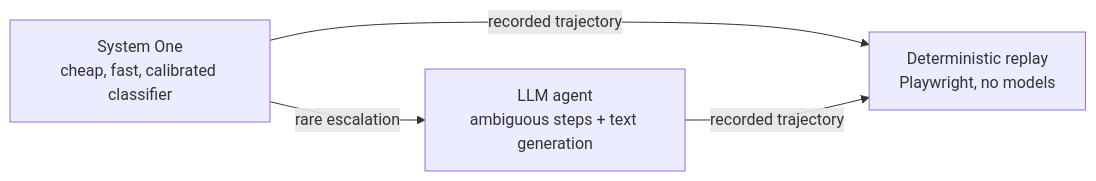
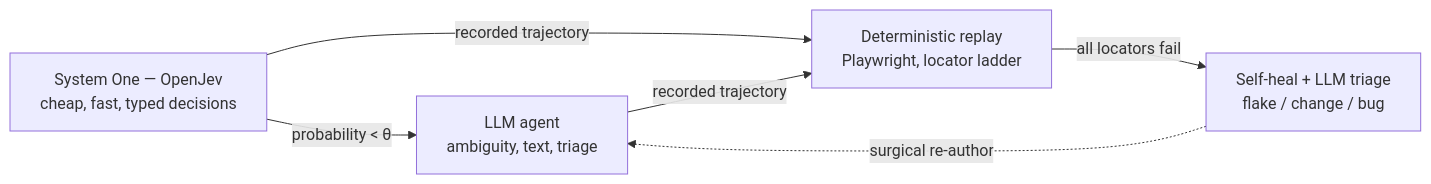
One commit to manjufkanavi/jev-harness changed the first of 2 diagrams in docs/ARCHITECTURE.md. Above: the diagram before and after it, drawn with Mermaid. The commit also changed other lines of this file and 3 other files, not shown here.

````diff
--- a/docs/ARCHITECTURE.md
+++ b/docs/ARCHITECTURE.md
@@ -16,6 +19,8 @@
 ```mermaid
 flowchart LR
-    A[System One<br/>cheap, fast, calibrated classifier] -->|"rare escalation"| B[LLM agent<br/>ambiguous steps + text generation]
-    A -->|"recorded trajectory"| C[Deterministic replay<br/>Playwright, no models]
-    B -->|"recorded trajectory"| C
+    A["System One — OpenJev<br/>cheap, fast, typed decisions"] -->|"probability < θ"| B["LLM agent<br/>ambiguity, text, triage"]
+    A -->|recorded trajectory| C["Deterministic replay<br/>Playwright, locator ladder"]
+    B -->|recorded trajectory| C
+    C -->|"all locators fail"| D["Self-heal + LLM triage<br/>flake / change / bug"]
+    D -.surgical re-author.-> B
 ```
````
